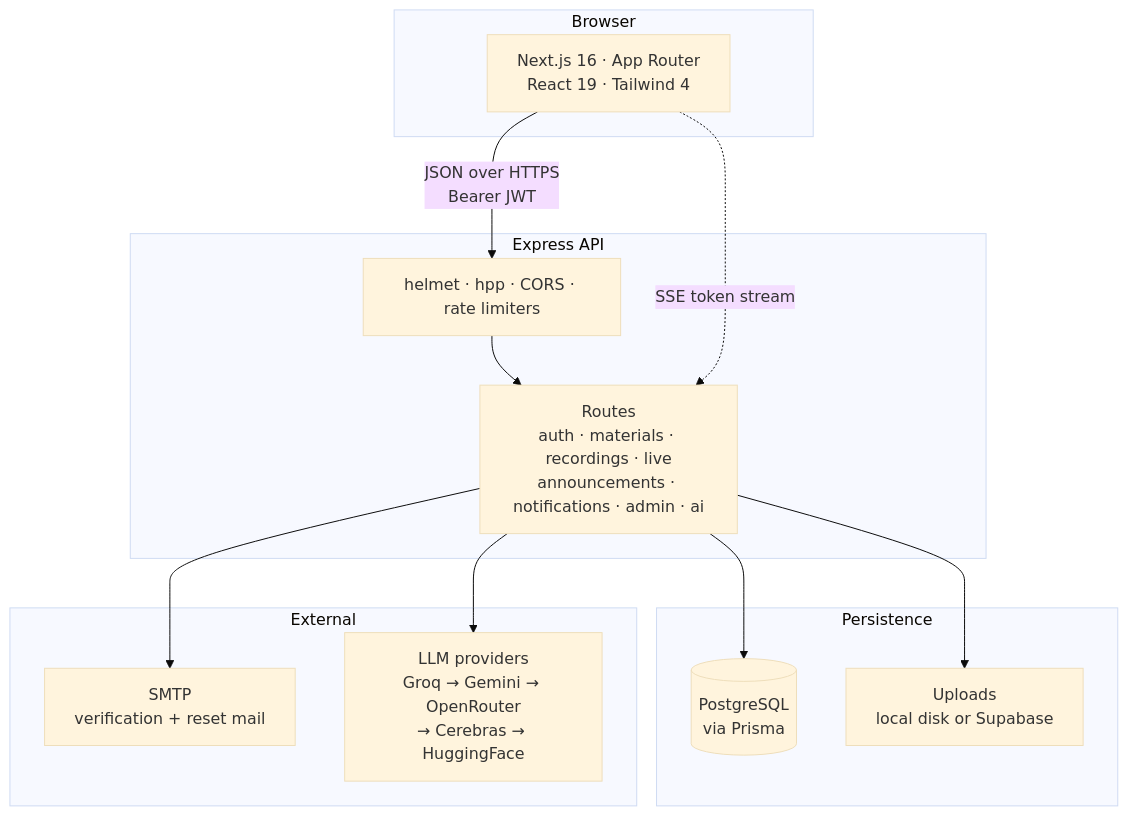
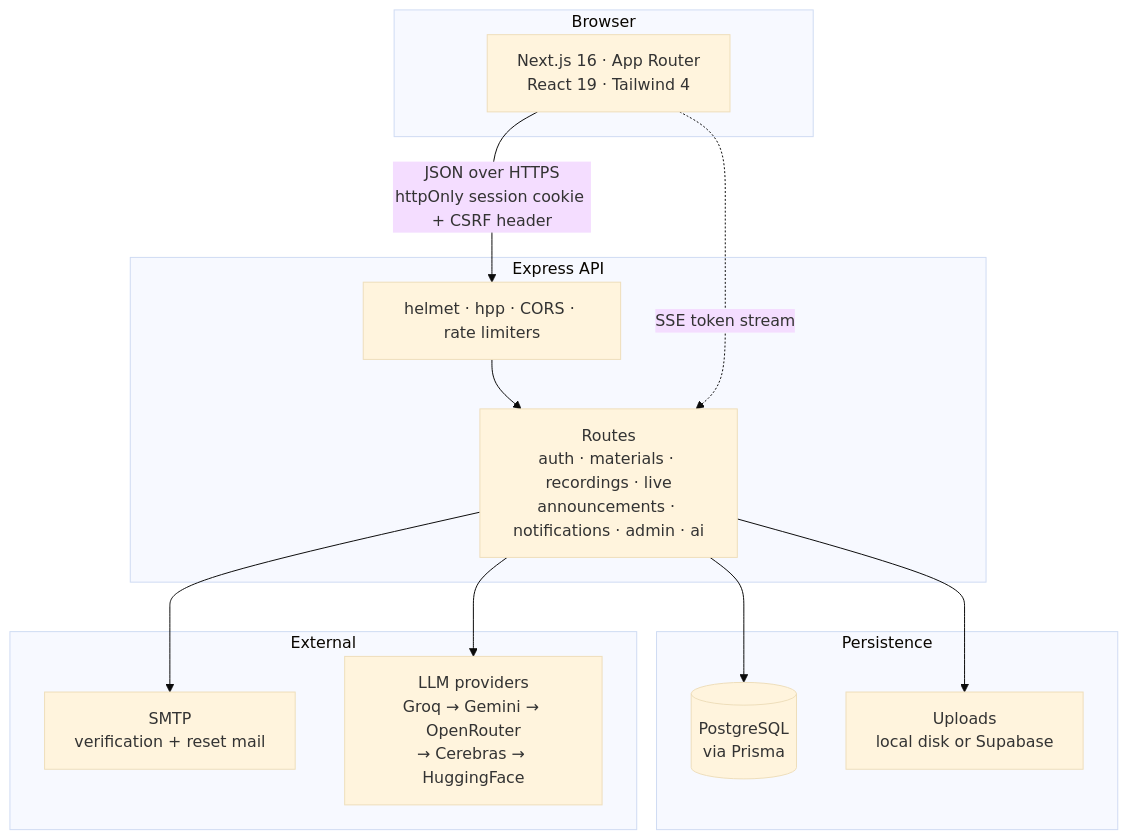
One commit to dinithrathnayaka23/fit23hub.io changed the diagram in README.md. Above: the diagram before and after it, drawn with Mermaid (base theme). The commit also changed other lines of this file, not shown here.

First line of the commit message:
docs(readme): describe the cookie session model and the test suite accurately

````diff
--- a/README.md
+++ b/README.md
@@ -121,29 +121,29 @@
 ```mermaid
 flowchart TB
     subgraph client["Browser"]
         UI["Next.js 16 · App Router<br/>React 19 · Tailwind 4"]
     end
 
     subgraph api["Express API"]
         MW["helmet · hpp · CORS · rate limiters"]
         R["Routes<br/>auth · materials · recordings · live<br/>announcements · notifications · admin · ai"]
         MW --> R
     end
 
     subgraph data["Persistence"]
         PG[("PostgreSQL<br/>via Prisma")]
         FS["Uploads<br/>local disk or Supabase"]
     end
 
     subgraph ext["External"]
         SMTP["SMTP<br/>verification + reset mail"]
         LLM["LLM providers<br/>Groq → Gemini → OpenRouter<br/>→ Cerebras → HuggingFace"]
     end
 
-    UI -->|"JSON over HTTPS<br/>Bearer JWT"| MW
+    UI -->|"JSON over HTTPS<br/>httpOnly session cookie + CSRF header"| MW
     UI -.->|"SSE token stream"| R
     R --> PG
     R --> FS
     R --> SMTP
     R --> LLM
 ```
````
